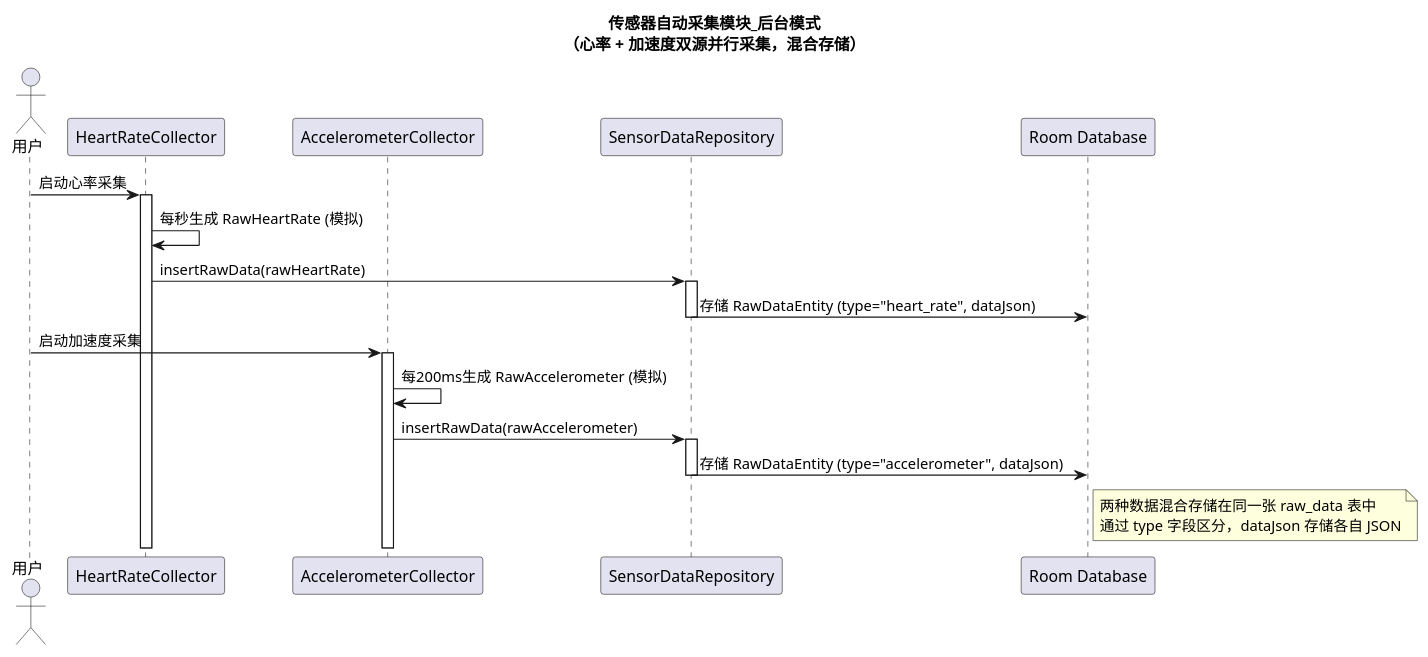
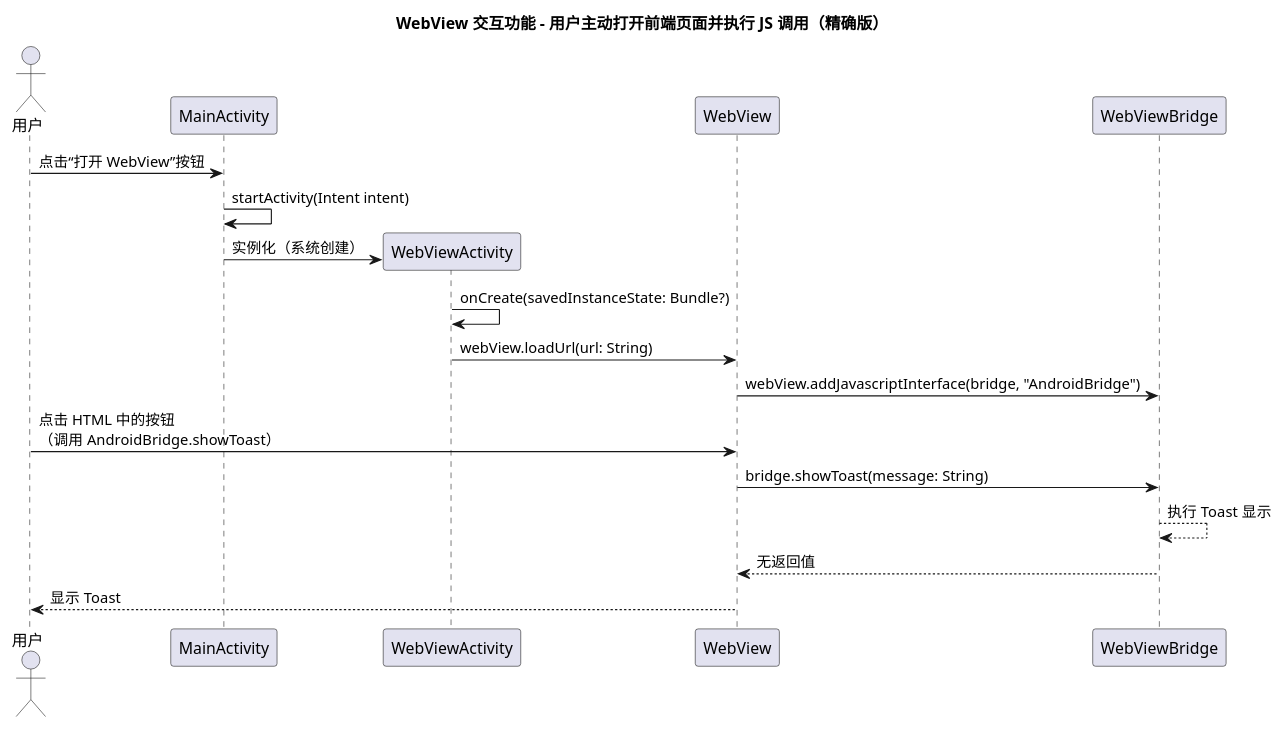
One commit to yzsgith/Android_client changed the diagram in developer_doc/传感器自动采集模块_后台模式.plantuml. Above: the diagram before and after it, drawn with PlantUML. The commit also changed 39 other files, not shown here.

Commit message:
对每一个功能对应的唯时序图进行了规范，使其作为二次开发的利器,并增加了read.md，用以描述核心理念和二次开发流程

```diff
--- a/developer_doc/传感器自动采集模块_后台模式.plantuml
+++ b/developer_doc/传感器自动采集模块_后台模式.plantuml
@@ -1,27 +1,22 @@
 @startuml
-title 传感器自动采集模块_后台模式\n（心率 + 加速度双源并行采集，混合存储）
+title WebView 交互功能 - 用户主动打开前端页面并执行 JS 调用（精确版）
 
 actor 用户
-participant "HeartRateCollector" as HRCollector
-participant "AccelerometerCollector" as AccCollector
-participant "SensorDataRepository" as Repo
-participant "Room Database" as DB
+participant "MainActivity" as Main
+participant "WebViewActivity" as WebViewAct
+participant "WebView" as WV
+participant "WebViewBridge" as Bridge
 
-用户 -> HRCollector: 启动心率采集
-activate HRCollector
-HRCollector -> HRCollector: 每秒生成 RawHeartRate (模拟)
-HRCollector -> Repo: insertRawData(rawHeartRate)
-activate Repo
-Repo -> DB: 存储 RawDataEntity (type="heart_rate", dataJson)
-deactivate Repo
-
-用户 -> AccCollector: 启动加速度采集
-activate AccCollector
-AccCollector -> AccCollector: 每200ms生成 RawAccelerometer (模拟)
-AccCollector -> Repo: insertRawData(rawAccelerometer)
-activate Repo
-Repo -> DB: 存储 RawDataEntity (type="accelerometer", dataJson)
-deactivate Repo
-
-note right of DB : 两种数据混合存储在同一张 raw_data 表中\n通过 type 字段区分，dataJson 存储各自 JSON
+用户 -> Main: 点击“打开 WebView”按钮
+Main -> Main: startActivity(Intent intent)
+create WebViewAct
+Main -> WebViewAct: 实例化（系统创建）
+WebViewAct -> WebViewAct: onCreate(savedInstanceState: Bundle?)
+WebViewAct -> WV: webView.loadUrl(url: String)
+WV -> Bridge: webView.addJavascriptInterface(bridge, "AndroidBridge")
+用户 -> WV: 点击 HTML 中的按钮\n（调用 AndroidBridge.showToast）
+WV -> Bridge: bridge.showToast(message: String)
+Bridge --> Bridge: 执行 Toast 显示
+Bridge --> WV: 无返回值
+WV --> 用户: 显示 Toast
 @enduml
```
